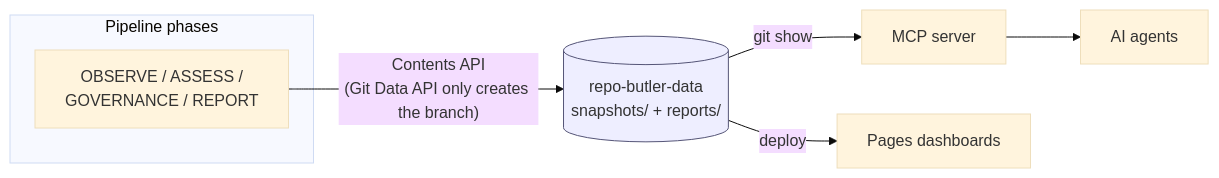
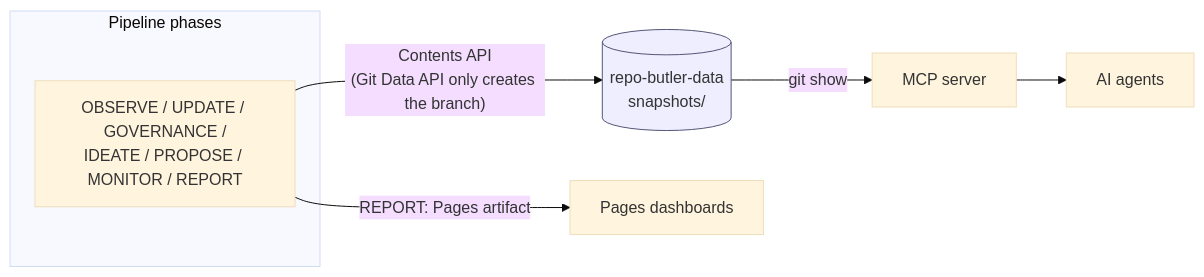
The fourth of 5 diagrams in docs/architecture.md (IsmaelMartinez/repo-butler), drawn with Mermaid (base theme) before and after one commit. The commit also changed other lines of this file and 5 other files, not shown here.

````diff
--- a/docs/architecture.md
+++ b/docs/architecture.md
@@ -158,13 +167,13 @@
 ```mermaid
 flowchart LR
     subgraph Pipeline["Pipeline phases"]
-        wr["OBSERVE / ASSESS /<br/>GOVERNANCE / REPORT"]
+        wr["OBSERVE / UPDATE / GOVERNANCE /<br/>IDEATE / PROPOSE / MONITOR / REPORT"]
     end
-    wr -- "Contents API<br/>(Git Data API only creates the branch)" --> DB[("repo-butler-data<br/>snapshots/ + reports/")]
+    wr -- "Contents API<br/>(Git Data API only creates the branch)" --> DB[("repo-butler-data<br/>snapshots/")]
     DB -- "git show" --> MCP["MCP server"]
-    DB -- "deploy" --> PG["Pages dashboards"]
+    wr -- "REPORT: Pages artifact" --> PG["Pages dashboards"]
     MCP --> AG["AI agents"]
 
     classDef store fill:#eef,stroke:#557;
     class DB store;
 ```
````
